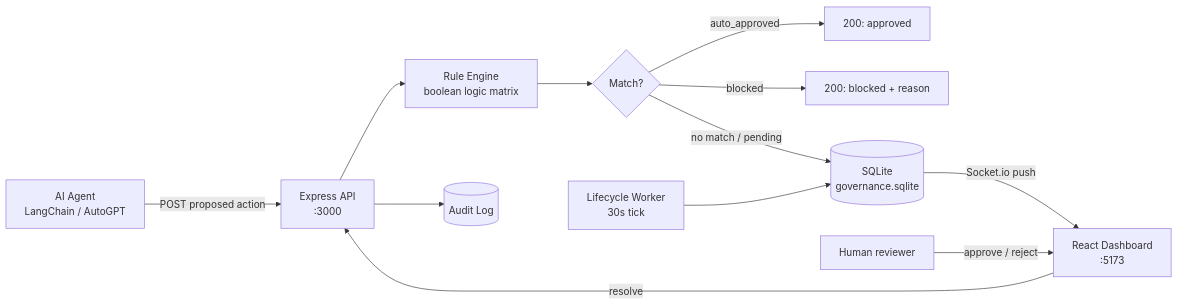
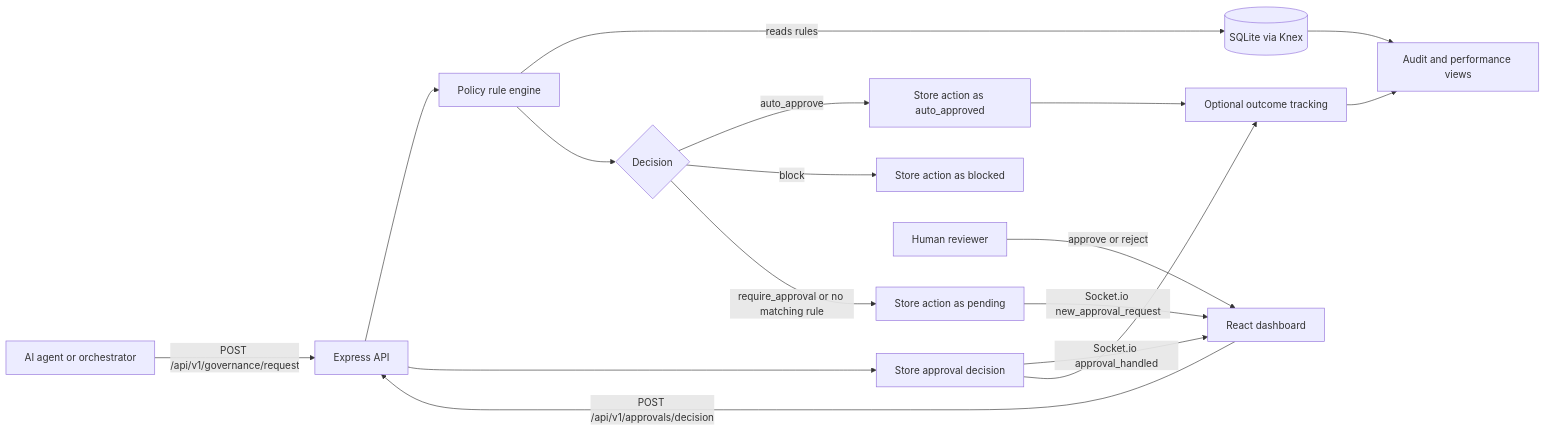
The first of 2 diagrams in README.md (SuperiorKe/AgentGovernance), drawn with Mermaid before and after one commit. The commit also changed other lines of this file and 1 other file, not shown here.

Commit message:
docs: present governance architecture clearly

````diff
--- a/README.md
+++ b/README.md
@@ -19,14 +28,19 @@
 ```mermaid
 flowchart LR
-  Agent[AI Agent<br/>LangChain / AutoGPT] -->|POST proposed action| API[Express API<br/>:3000]
-  API --> Engine[Rule Engine<br/>boolean logic matrix]
-  Engine --> Decision{Match?}
-  Decision -->|auto_approved| OK[200: approved]
-  Decision -->|blocked| Blocked[200: blocked + reason]
-  Decision -->|no match / pending| DB[(SQLite<br/>governance.sqlite)]
-  DB -->|Socket.io push| Dashboard[React Dashboard<br/>:5173]
-  Operator[Human reviewer] -->|approve / reject| Dashboard
-  Dashboard -->|resolve| API
-  API --> Audit[(Audit Log)]
-  Sweeper[Lifecycle Worker<br/>30s tick] --> DB
+  Agent[AI agent or orchestrator] -->|POST /api/v1/governance/request| API[Express API]
+  API --> Engine[Policy rule engine]
+  Engine -->|reads rules| DB[(SQLite via Knex)]
+  Engine --> Decision{Decision}
+  Decision -->|auto_approve| ActionApproved[Store action as auto_approved]
+  Decision -->|block| ActionBlocked[Store action as blocked]
+  Decision -->|require_approval or no matching rule| ActionPending[Store action as pending]
+  ActionPending -->|Socket.io new_approval_request| Dashboard[React dashboard]
+  Reviewer[Human reviewer] -->|approve or reject| Dashboard
+  Dashboard -->|POST /api/v1/approvals/decision| API
+  API --> ApprovalRecord[Store approval decision]
+  ApprovalRecord -->|Socket.io approval_handled| Dashboard
+  ActionApproved --> Outcomes[Optional outcome tracking]
+  ApprovalRecord --> Outcomes
+  Outcomes --> Audit[Audit and performance views]
+  DB --> Audit
 ```
````
